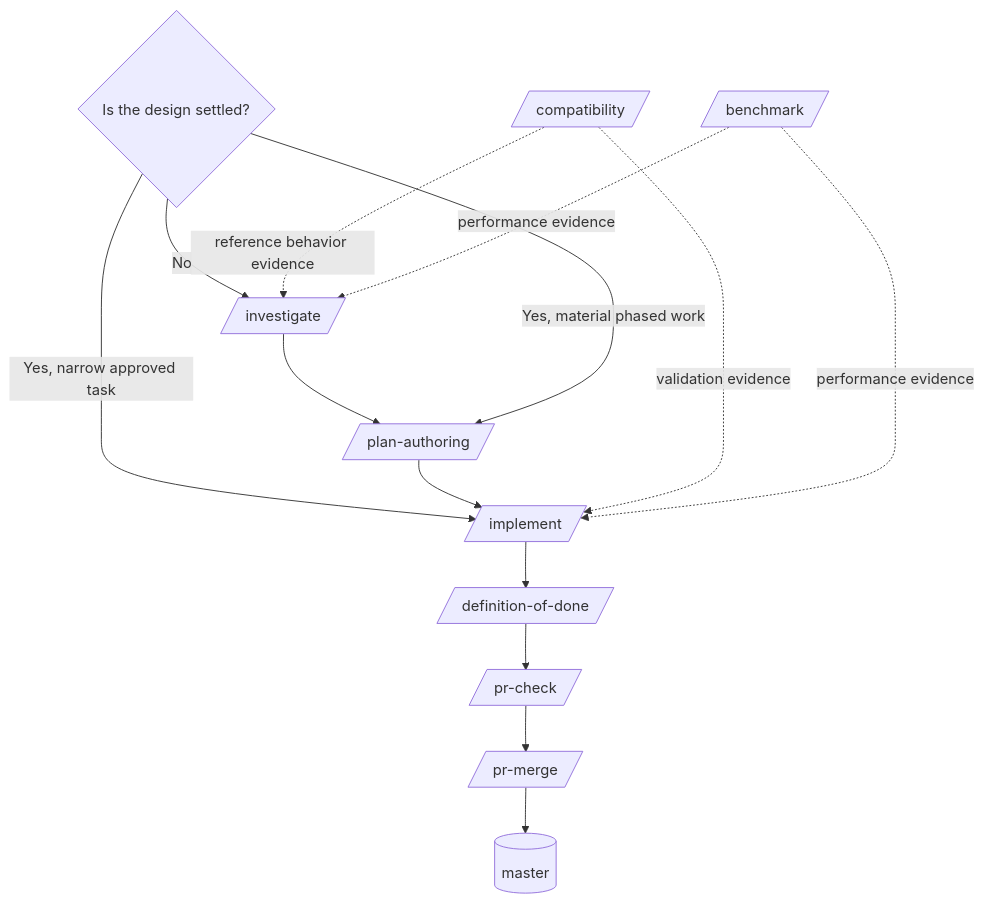
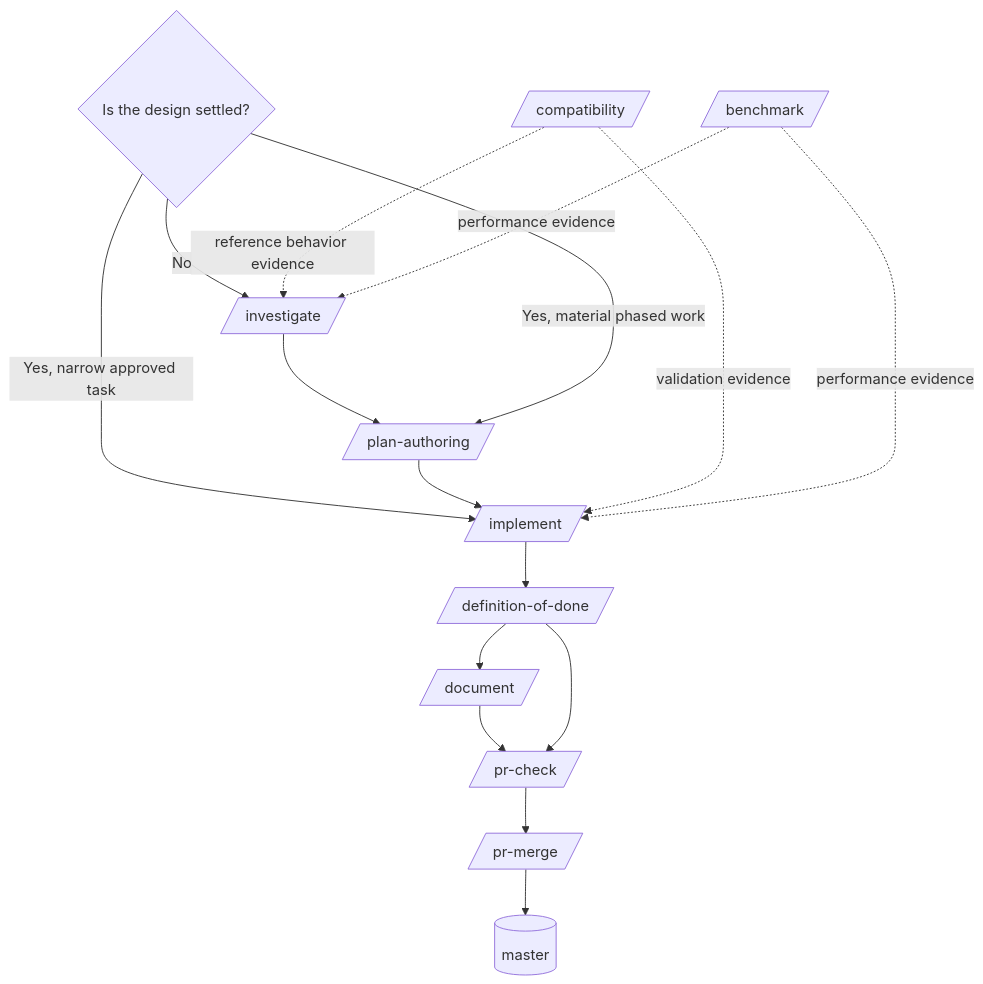
The first of 2 diagrams in .agents/skills/skills-responsibility-map.md (meerita/nod), drawn with Mermaid before and after one commit. The commit also changed other lines of this file and 3 other files, not shown here.

````diff
--- a/.agents/skills/skills-responsibility-map.md
+++ b/.agents/skills/skills-responsibility-map.md
@@ -7,20 +7,22 @@
 ```mermaid
 flowchart TD
     Q{Is the design settled?}
     Q -- No --> I[/investigate/]
     I --> P[/plan-authoring/]
     Q -- Yes, material phased work --> P
     Q -- Yes, narrow approved task --> M[/implement/]
     P --> M
 
     C[/compatibility/] -. reference behavior evidence .-> I
     C -. validation evidence .-> M
 
     B[/benchmark/] -. performance evidence .-> I
     B -. performance evidence .-> M
 
     M --> D[/definition-of-done/]
-    D --> R[/pr-check/]
+    D --> DOC[/document/]
+    DOC --> R[/pr-check/]
+    D --> R
     R --> G[/pr-merge/]
     G --> MASTER[(master)]
 ```
````
